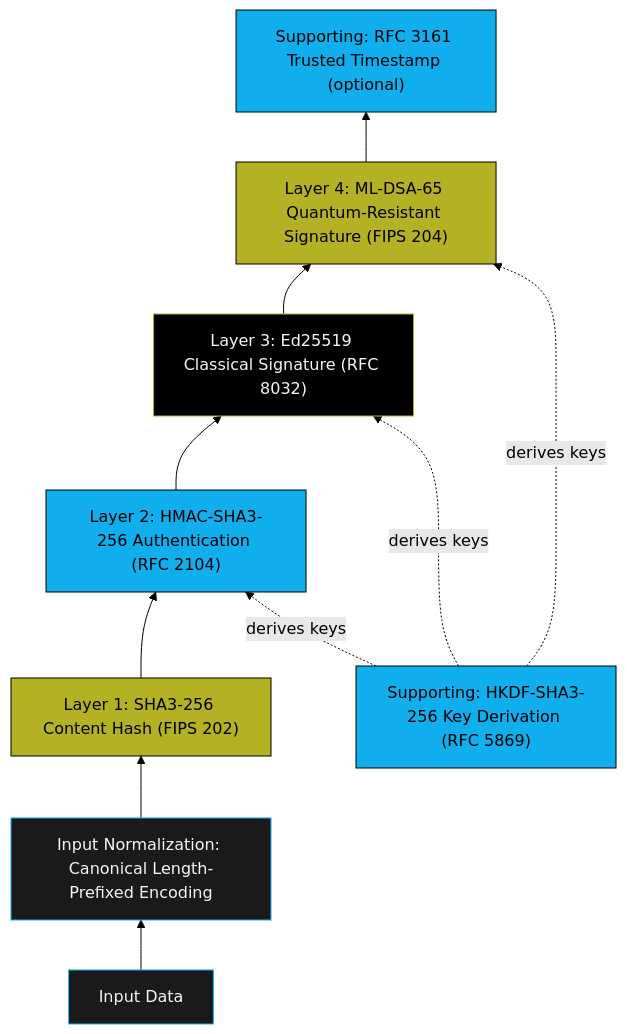
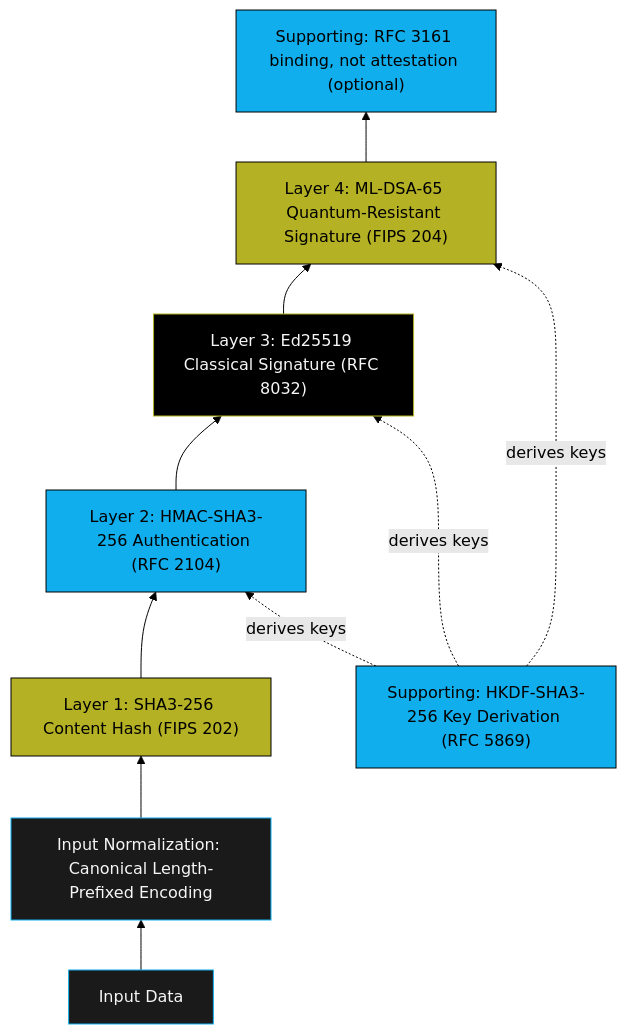
The third of 7 diagrams in wiki/Architecture.md (Steel-SecAdv-LLC/AMA-Cryptography), drawn with Mermaid (forest theme) before and after one commit. The commit also changed other lines of this file and 123 other files, not shown here.

````diff
--- a/wiki/Architecture.md
+++ b/wiki/Architecture.md
@@ -117,19 +117,19 @@
 ```mermaid
 flowchart BT
     input["Input Data"]:::gray --> L0
     L0["Input Normalization: Canonical Length-Prefixed Encoding"]:::gray --> L1
     L1["Layer 1: SHA3-256 Content Hash (FIPS 202)"]:::gold --> L2
     L2["Layer 2: HMAC-SHA3-256 Authentication (RFC 2104)"]:::blue --> L3
     L3["Layer 3: Ed25519 Classical Signature (RFC 8032)"]:::black --> L4
     L4["Layer 4: ML-DSA-65 Quantum-Resistant Signature (FIPS 204)"]:::gold --> S2
-    S2["Supporting: RFC 3161 Trusted Timestamp (optional)"]:::blue
+    S2["Supporting: RFC 3161 binding, not attestation (optional)"]:::blue
 
     S1["Supporting: HKDF-SHA3-256 Key Derivation (RFC 5869)"]:::blue -.->|derives keys| L2
     S1 -.->|derives keys| L3
     S1 -.->|derives keys| L4
 
 classDef gold fill:#B4B124,stroke:#000000,color:#000000;
 classDef blue fill:#11AEED,stroke:#000000,color:#000000;
 classDef black fill:#000000,stroke:#B4B124,color:#f6f6f6;
 classDef gray fill:#1a1a1a,stroke:#11AEED,color:#f6f6f6;
 ```
````
